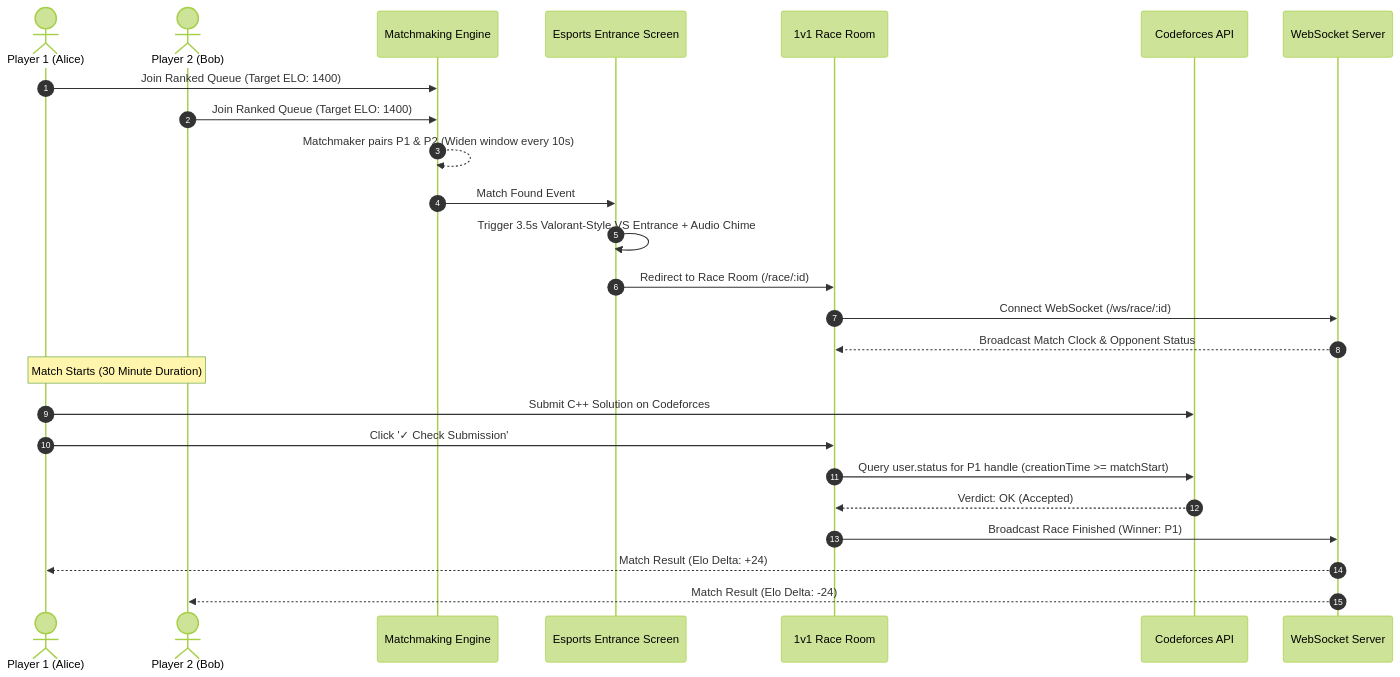
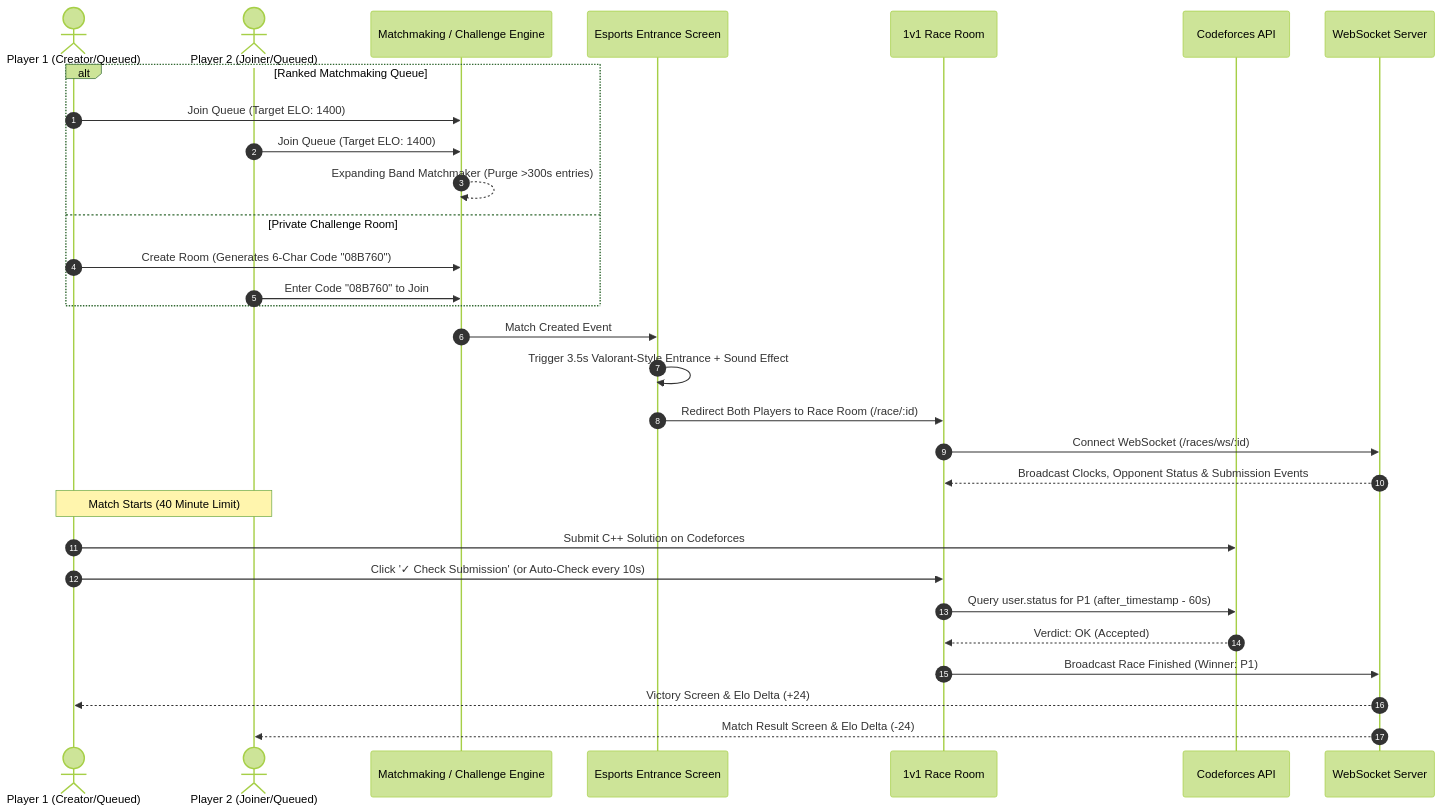
One commit to ShreyanshGiri08/CodeClash changed the second of 3 diagrams in README.md. Above: the diagram before and after it, drawn with Mermaid (forest theme). The commit also changed other lines of this file, not shown here.

Commit message:
docs(readme): add live app link https://code-clash-kohl.vercel.app and status badges

````diff
--- a/README.md
+++ b/README.md
@@ -103,30 +110,36 @@
 ```mermaid
 sequenceDiagram
     autonumber
-    actor P1 as Player 1 (Alice)
-    actor P2 as Player 2 (Bob)
-    participant Queue as Matchmaking Engine
+    actor P1 as Player 1 (Creator/Queued)
+    actor P2 as Player 2 (Joiner/Queued)
+    participant Queue as Matchmaking / Challenge Engine
     participant VS as Esports Entrance Screen
     participant Arena as 1v1 Race Room
     participant CF as Codeforces API
     participant WS as WebSocket Server
 
-    P1->>Queue: Join Ranked Queue (Target ELO: 1400)
-    P2->>Queue: Join Ranked Queue (Target ELO: 1400)
-    Queue-->>Queue: Matchmaker pairs P1 & P2 (Widen window every 10s)
-    Queue->>VS: Match Found Event
-    VS->>VS: Trigger 3.5s Valorant-Style VS Entrance + Audio Chime
-    VS->>Arena: Redirect to Race Room (/race/:id)
-    Arena->>WS: Connect WebSocket (/ws/race/:id)
-    WS-->>Arena: Broadcast Match Clock & Opponent Status
-    
-    Note over P1,P2: Match Starts (30 Minute Duration)
+    alt Ranked Matchmaking Queue
+        P1->>Queue: Join Queue (Target ELO: 1400)
+        P2->>Queue: Join Queue (Target ELO: 1400)
+        Queue-->>Queue: Expanding Band Matchmaker (Purge >300s entries)
+    else Private Challenge Room
+        P1->>Queue: Create Room (Generates 6-Char Code "08B760")
+        P2->>Queue: Enter Code "08B760" to Join
+    end
+
+    Queue->>VS: Match Created Event
+    VS->>VS: Trigger 3.5s Valorant-Style Entrance + Sound Effect
+    VS->>Arena: Redirect Both Players to Race Room (/race/:id)
+    Arena->>WS: Connect WebSocket (/races/ws/:id)
+    WS-->>Arena: Broadcast Clocks, Opponent Status & Submission Events
+
+    Note over P1,P2: Match Starts (40 Minute Limit)
 
     P1->>CF: Submit C++ Solution on Codeforces
-    P1->>Arena: Click '✓ Check Submission'
-    Arena->>CF: Query user.status for P1 handle (creationTime >= matchStart)
+    P1->>Arena: Click '✓ Check Submission' (or Auto-Check every 10s)
+    Arena->>CF: Query user.status for P1 (after_timestamp - 60s)
     CF-->>Arena: Verdict: OK (Accepted)
     Arena->>WS: Broadcast Race Finished (Winner: P1)
-    WS-->>P1: Match Result (Elo Delta: +24)
-    WS-->>P2: Match Result (Elo Delta: -24)
+    WS-->>P1: Victory Screen & Elo Delta (+24)
+    WS-->>P2: Match Result Screen & Elo Delta (-24)
 ```
````
